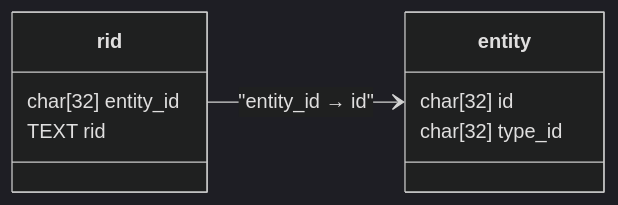
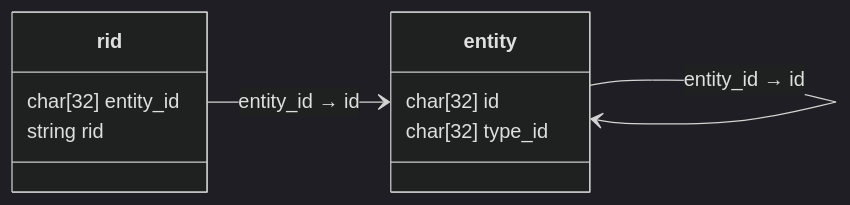
The diagram in ru/entities.md (johnthesmith/scraps), drawn with Mermaid (dark theme) before and after one commit. The commit also changed other lines of this file, not shown here.

````diff
--- a/ru/entities.md
+++ b/ru/entities.md
@@ -89,17 +115,18 @@
 ```mermaid
-classDiagram
-    direction LR  %% Двигаем диаграмму в горизонтальный вид
+classDiagram 
+    direction LR
 
     class rid {
         char[32] entity_id
-        TEXT rid
+        string rid
     }
 
     class entity {
         char[32] id
         char[32] type_id
     }
 
 
-    rid --> entity : "entity_id → id"
+    entity --> entity : entity_id → id
+    rid --> entity : entity_id → id
 ```
````
